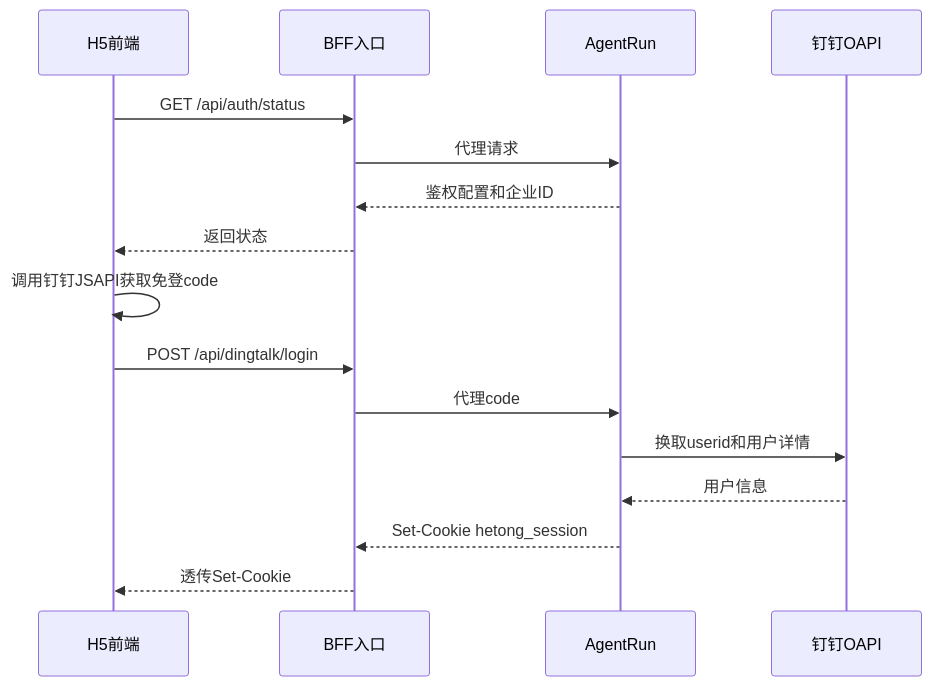
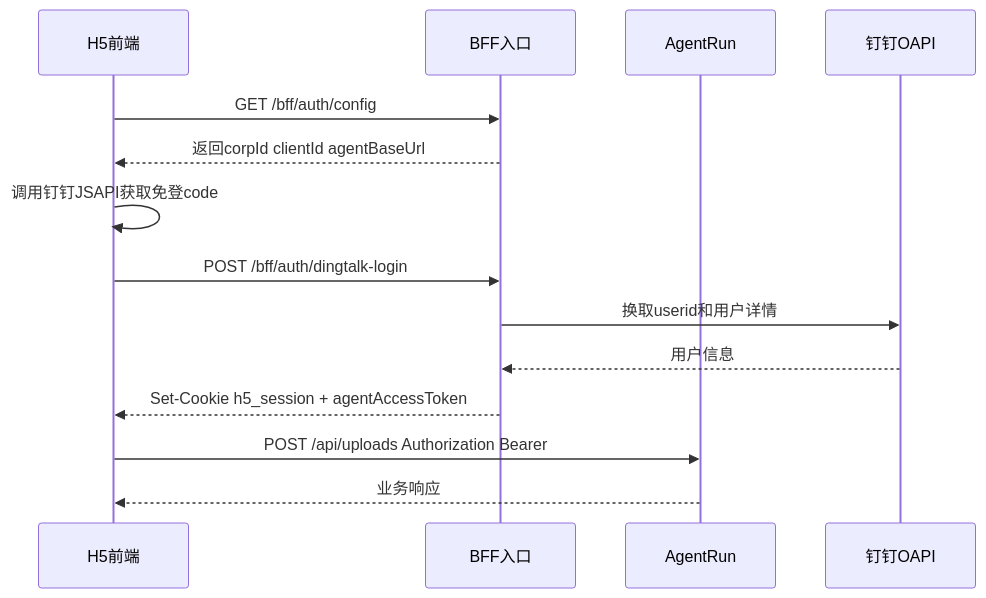
One commit to yuqingyang3019-cyber/hetong changed the third of 3 diagrams in SPEC/ARCHITECTURE.md. Above: the diagram before and after it, drawn with Mermaid. The commit also changed other lines of this file and 2 other files, not shown here.

Commit message:
docs: define auth and AgentRun API boundaries

````diff
--- a/SPEC/ARCHITECTURE.md
+++ b/SPEC/ARCHITECTURE.md
@@ -202,19 +210,17 @@
 ```mermaid
 sequenceDiagram
   participant Fe as H5前端
   participant Bff as BFF入口
   participant Agent as AgentRun
   participant Dt as 钉钉OAPI
 
-  Fe->>Bff: GET /api/auth/status
-  Bff->>Agent: 代理请求
-  Agent-->>Bff: 鉴权配置和企业ID
-  Bff-->>Fe: 返回状态
+  Fe->>Bff: GET /bff/auth/config
+  Bff-->>Fe: 返回corpId clientId agentBaseUrl
   Fe->>Fe: 调用钉钉JSAPI获取免登code
-  Fe->>Bff: POST /api/dingtalk/login
-  Bff->>Agent: 代理code
-  Agent->>Dt: 换取userid和用户详情
-  Dt-->>Agent: 用户信息
-  Agent-->>Bff: Set-Cookie hetong_session
-  Bff-->>Fe: 透传Set-Cookie
+  Fe->>Bff: POST /bff/auth/dingtalk-login
+  Bff->>Dt: 换取userid和用户详情
+  Dt-->>Bff: 用户信息
+  Bff-->>Fe: Set-Cookie h5_session + agentAccessToken
+  Fe->>Agent: POST /api/uploads Authorization Bearer
+  Agent-->>Fe: 业务响应
 ```
````
